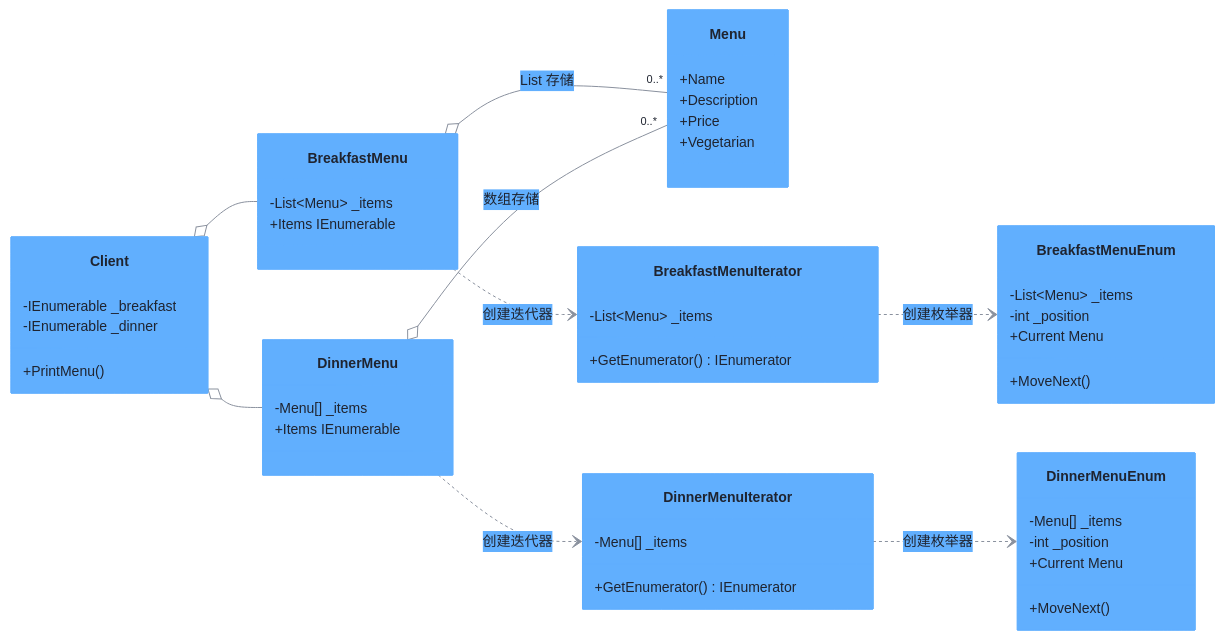
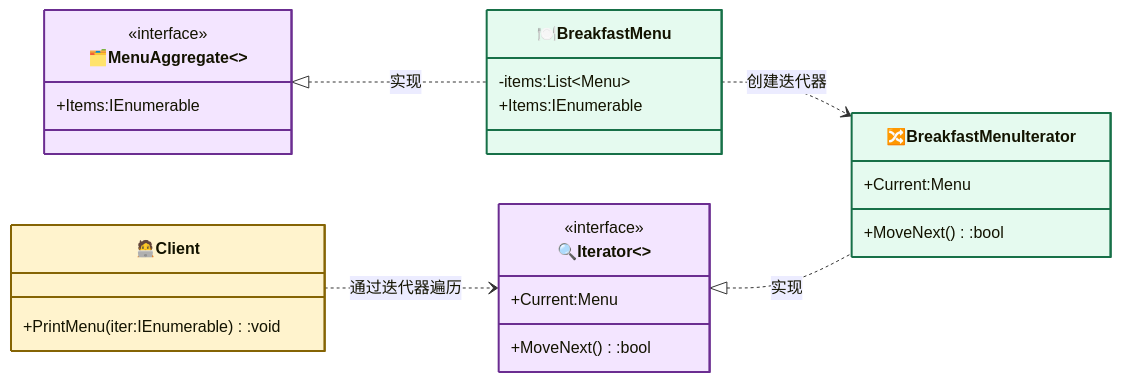
One commit to hollson/design_patterns changed the diagram in IteratorPattern/README.md. Above: the diagram before and after it, drawn with Mermaid. The commit also changed other lines of this file and 19 other files, not shown here.

Commit message:
docs: refactor mermaid diagrams to basic GoF model style for all 20 design patterns

````diff
--- a/IteratorPattern/README.md
+++ b/IteratorPattern/README.md
@@ -20,53 +31,35 @@
 ```mermaid
-%%{init: {"theme": "base", "themeVariables": {"primaryColor": "#61affe", "primaryTextColor": "#1f2430", "primaryBorderColor": "#61affe", "lineColor": "#8a919e", "secondaryColor": "#eaf2fb", "tertiaryColor": "#f5f7fa", "noteBkgColor": "#fff3d6", "noteTextColor": "#1f2430", "fontSize": "14px"}}}%%
+%%{init: {"classDiagram": {"useMarkdownLabels": true}} }%%
 classDiagram
     direction LR
-    class Menu {
-        +Name
-        +Description
-        +Price
-        +Vegetarian
+
+    class Client["🧑‍💻Client"]:::contextCls{
+        +PrintMenu(iter:IEnumerable):void
     }
-    class BreakfastMenu {
-        -List~Menu~ _items
-        +Items IEnumerable
+    class Aggregate["🗂️MenuAggregate<<interface>>"]:::strategyCls{
+        <<interface>>
+        +Items:IEnumerable
     }
-    class DinnerMenu {
-        -Menu[] _items
-        +Items IEnumerable
+    class Iterator["🔍Iterator<<interface>>"]:::strategyCls{
+        <<interface>>
+        +MoveNext():bool
+        +Current:Menu
     }
-    class BreakfastMenuIterator {
-        -List~Menu~ _items
-        +GetEnumerator() IEnumerator
+    class ConcreteAggregate["🍽️BreakfastMenu"]:::concreteCls{
+        -items:List~Menu~
+        +Items:IEnumerable
     }
-    class DinnerMenuIterator {
-        -Menu[] _items
-        +GetEnumerator() IEnumerator
-    }
-    class BreakfastMenuEnum {
-        -List~Menu~ _items
-        -int _position
-        +MoveNext()
-        +Current Menu
-    }
-    class DinnerMenuEnum {
-        -Menu[] _items
-        -int _position
-        +MoveNext()
-        +Current Menu
-    }
-    class Client {
-        -IEnumerable _breakfast
-        -IEnumerable _dinner
-        +PrintMenu()
+    class ConcreteIterator["🔀BreakfastMenuIterator"]:::concreteCls{
+        +MoveNext():bool
+        +Current:Menu
     }
 
-    BreakfastMenu ..> BreakfastMenuIterator : 创建迭代器
-    DinnerMenu ..> DinnerMenuIterator : 创建迭代器
-    BreakfastMenuIterator ..> BreakfastMenuEnum : 创建枚举器
-    DinnerMenuIterator ..> DinnerMenuEnum : 创建枚举器
-    BreakfastMenu o-- "0..*" Menu : List 存储
-    DinnerMenu o-- "0..*" Menu : 数组存储
-    Client o-- BreakfastMenu
-    Client o-- DinnerMenu
+    Client ..> Iterator : 通过迭代器遍历
+    ConcreteAggregate ..> ConcreteIterator : 创建迭代器
+    Iterator <|.. ConcreteIterator : 实现
+    Aggregate <|.. ConcreteAggregate : 实现
+
+    classDef contextCls fill:#fff3cd,stroke:#856404,stroke-width:2px
+    classDef strategyCls fill:#f3e5ff,stroke:#6b2d91,stroke-width:2px
+    classDef concreteCls fill:#e5faef,stroke:#177048,stroke-width:2px
 ```
````
